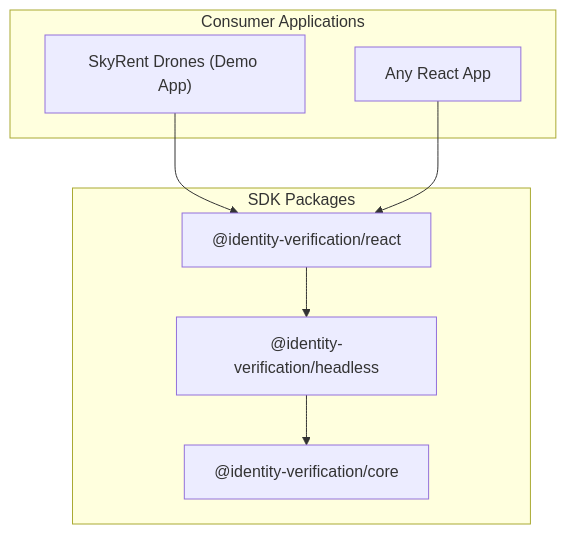
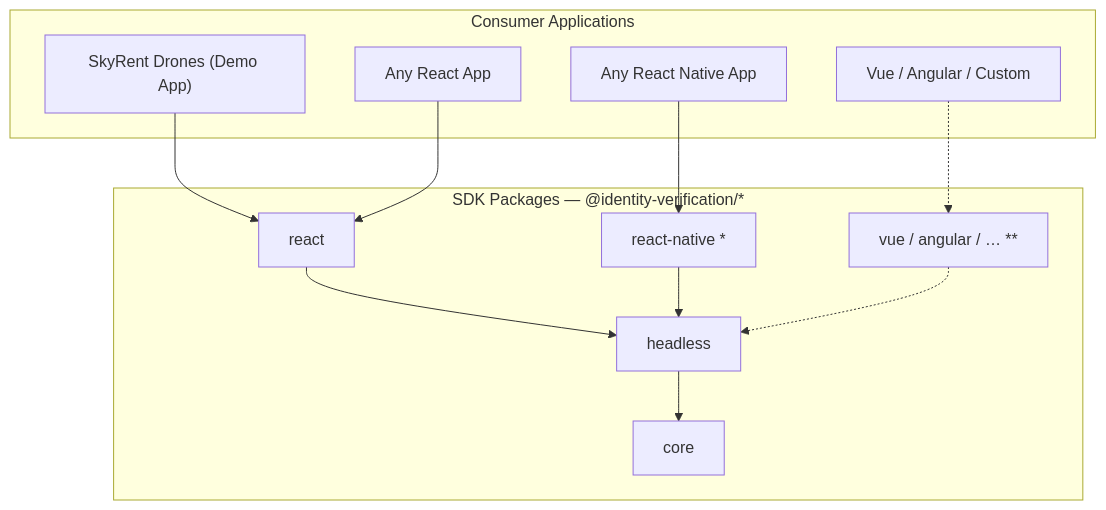
Before and after one commit to mikins82/identity-verification: the diagram in README.md, drawn with Mermaid. The commit also changed other lines of this file, not shown here.

Commit message:
Update README to clarify SDK package structure and relationships
- Revised the diagram to better represent the consumer applications and SDK packages, including new entries for React Native and other frameworks.
- Enhanced descriptions for SDK packages, emphasizing their roles and integration paths.
- Improved clarity on the independent consumption of SDK layers and their dependencies.

````diff
--- a/README.md
+++ b/README.md
@@ -7,18 +7,26 @@
 ```mermaid
 graph TB
   subgraph consumer [Consumer Applications]
     DemoApp["SkyRent Drones (Demo App)"]
-    ThirdParty["Any React App"]
+    ReactApp["Any React App"]
+    RNApp["Any React Native App"]
+    OtherApp["Vue / Angular / Custom"]
   end
 
-  subgraph sdk [SDK Packages]
-    ReactPkg["@identity-verification/react"]
-    HeadlessPkg["@identity-verification/headless"]
-    CorePkg["@identity-verification/core"]
+  subgraph sdk ["SDK Packages — @identity-verification/*"]
+    ReactPkg["react"]
+    RNPkg["react-native *"]
+    OtherPkg["vue / angular / … **"]
+    HeadlessPkg["headless"]
+    CorePkg["core"]
   end
 
   DemoApp --> ReactPkg
-  ThirdParty --> ReactPkg
+  ReactApp --> ReactPkg
+  RNApp --> RNPkg
+  OtherApp -.-> OtherPkg
   ReactPkg --> HeadlessPkg
+  RNPkg --> HeadlessPkg
+  OtherPkg -.-> HeadlessPkg
   HeadlessPkg --> CorePkg
 ```
````
